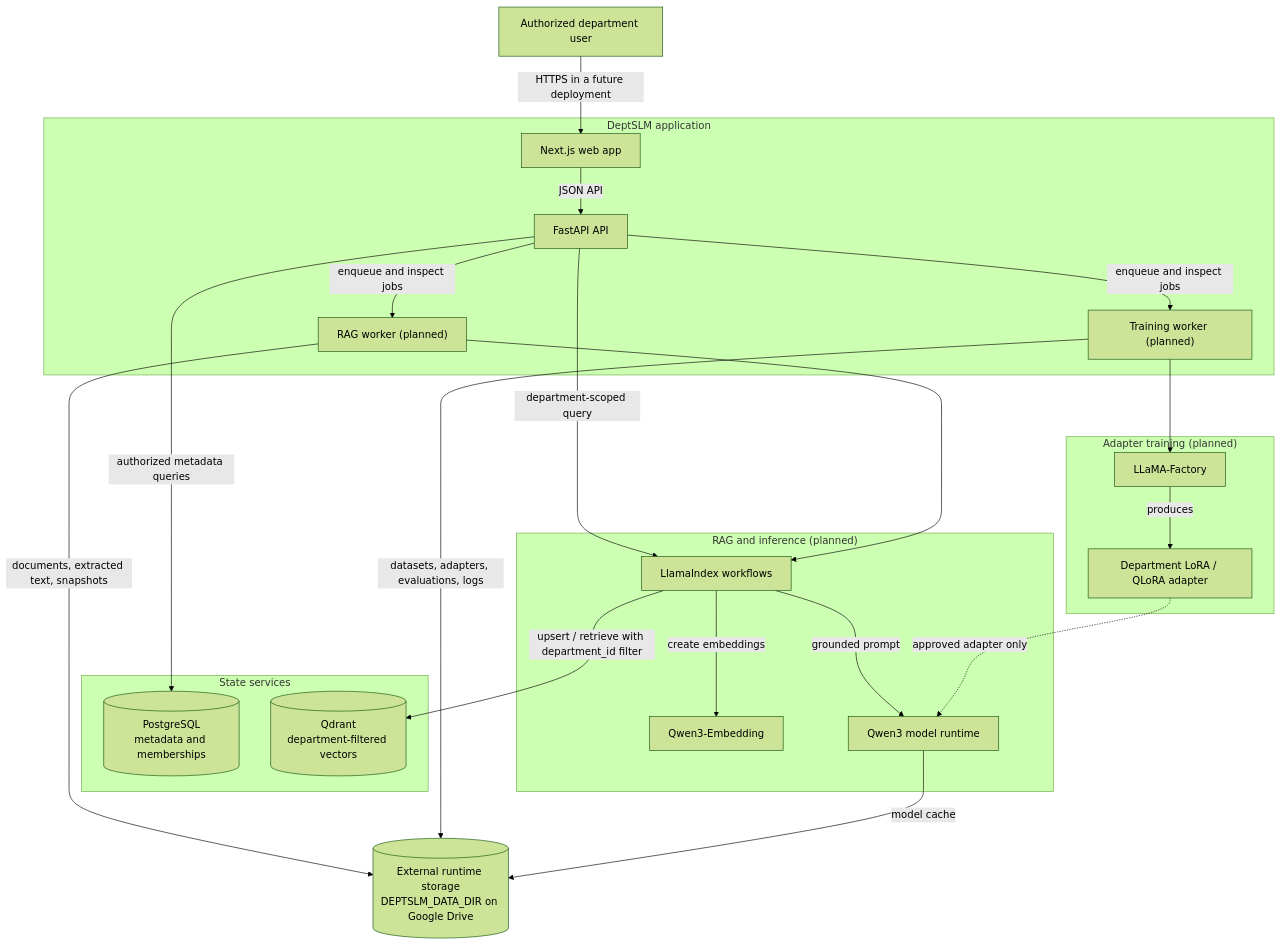
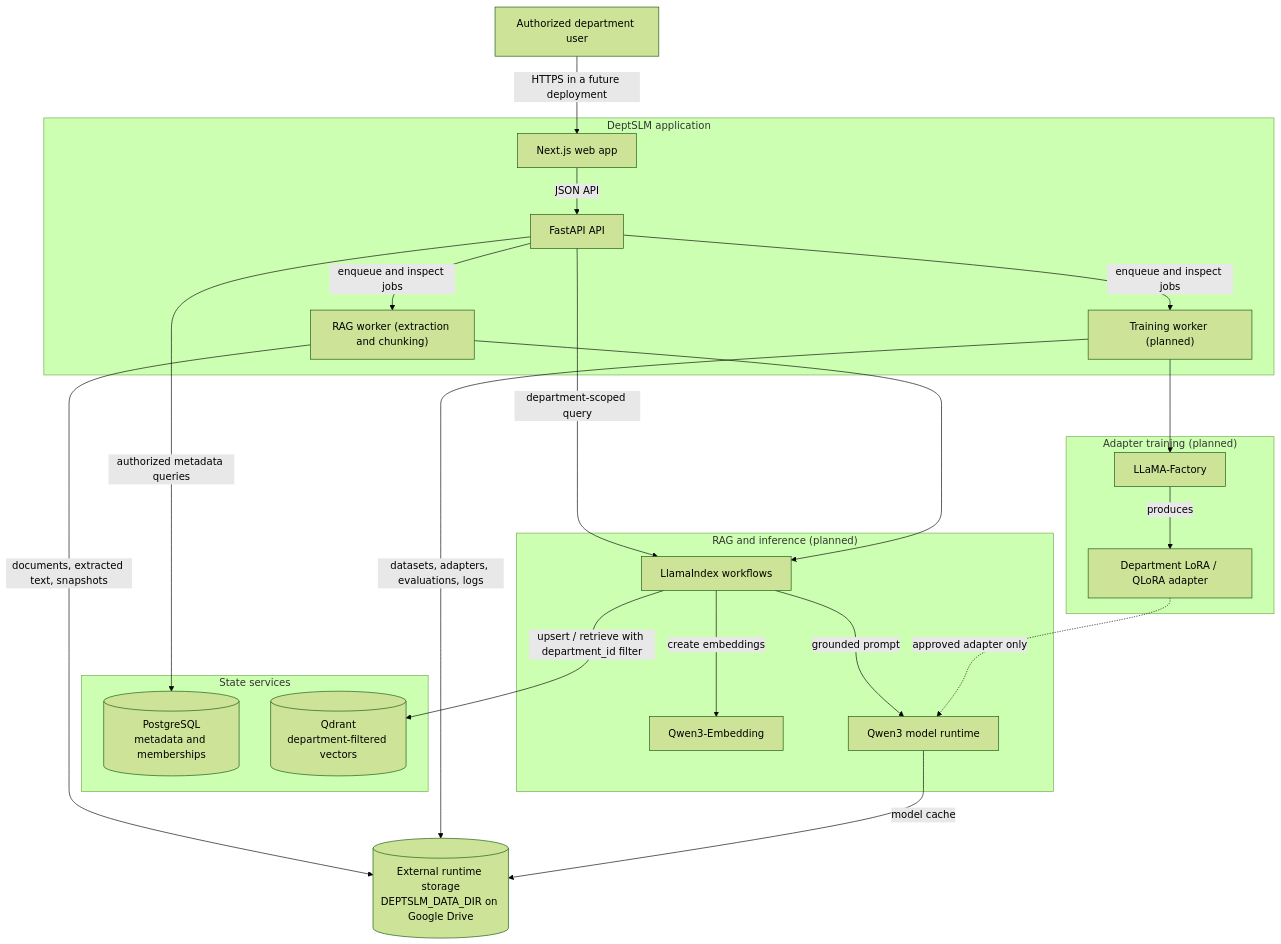
One commit to Easonsusu/DeptSLM changed the diagram in docs/architecture.md. Above: the diagram before and after it, drawn with Mermaid (forest theme). The commit also changed other lines of this file and 47 other files, not shown here.

First line of the commit message:
Phase 5: Add safe document extraction and chunking (#5)

````diff
--- a/docs/architecture.md
+++ b/docs/architecture.md
@@ -11,46 +11,46 @@
 ```mermaid
 flowchart TB
     User["Authorized department user"]
 
     subgraph App["DeptSLM application"]
         Web["Next.js web app"]
         API["FastAPI API"]
-        RAG["RAG worker (planned)"]
+        RAG["RAG worker (extraction and chunking)"]
         Train["Training worker (planned)"]
     end
 
     subgraph Data["State services"]
         PG[("PostgreSQL\nmetadata and memberships")]
         QD[("Qdrant\ndepartment-filtered vectors")]
     end
 
     subgraph RAGStack["RAG and inference (planned)"]
         LI["LlamaIndex workflows"]
         Embed["Qwen3-Embedding"]
         Runtime["Qwen3 model runtime"]
     end
 
     subgraph TrainingStack["Adapter training (planned)"]
         Factory["LLaMA-Factory"]
         Adapter["Department LoRA / QLoRA adapter"]
     end
 
     Drive[("External runtime storage\nDEPTSLM_DATA_DIR on Google Drive")]
 
     User -->|"HTTPS in a future deployment"| Web
     Web -->|"JSON API"| API
     API -->|"authorized metadata queries"| PG
     API -->|"enqueue and inspect jobs"| RAG
     API -->|"enqueue and inspect jobs"| Train
     API -->|"department-scoped query"| LI
     RAG --> LI
     LI -->|"create embeddings"| Embed
     LI -->|"upsert / retrieve with department_id filter"| QD
     LI -->|"grounded prompt"| Runtime
     Train --> Factory
     Factory -->|"produces"| Adapter
     Adapter -.->|"approved adapter only"| Runtime
     RAG -->|"documents, extracted text, snapshots"| Drive
     Train -->|"datasets, adapters, evaluations, logs"| Drive
     Runtime -->|"model cache"| Drive
 ```
````
